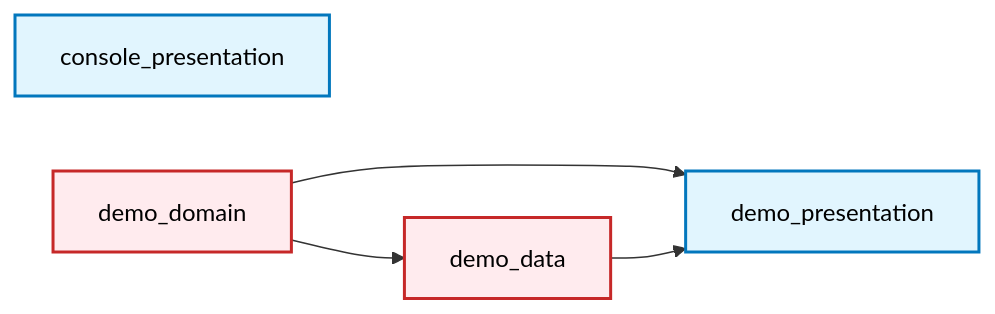
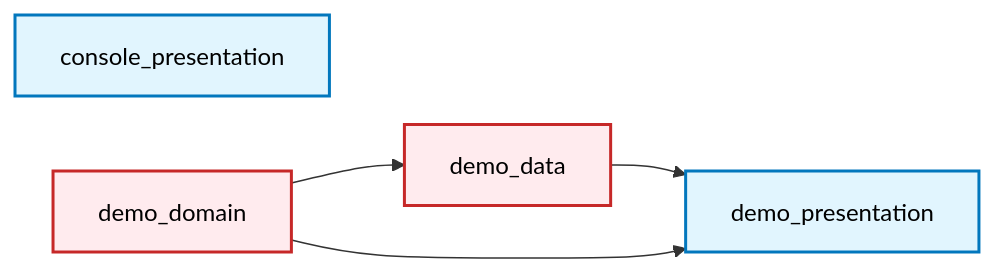
The diagram in flutter/build_info/features.md (hhumbetovv/fullstack-template), drawn with Mermaid before and after one commit. The commit also changed other lines of this file and 21 other files, not shown here.

````diff
--- a/flutter/build_info/features.md
+++ b/flutter/build_info/features.md
@@ -3,21 +3,21 @@
 ```mermaid
 graph LR
     console_presentation["console_presentation"]
     console_presentation:::presentation
     demo_data["demo_data"]
     demo_data:::data
     class demo_data unused
     demo_domain["demo_domain"]
     demo_domain:::domain
     class demo_domain unused
     demo_presentation["demo_presentation"]
     demo_presentation:::presentation
     demo_domain --> demo_data
+    demo_data --> demo_presentation
     demo_domain --> demo_presentation
-    demo_data --> demo_presentation
 
     classDef presentation fill:#e1f5fe,stroke:#0277bd,stroke-width:2px,color:#000000;
     classDef domain fill:#f3e5f5,stroke:#7b1fa2,stroke-width:2px,color:#000000;
     classDef data fill:#e8f5e8,stroke:#2e7d32,stroke-width:2px,color:#000000;
     classDef unused fill:#ffebee,stroke:#c62828,stroke-width:2px,color:#000000;
 ```
````
